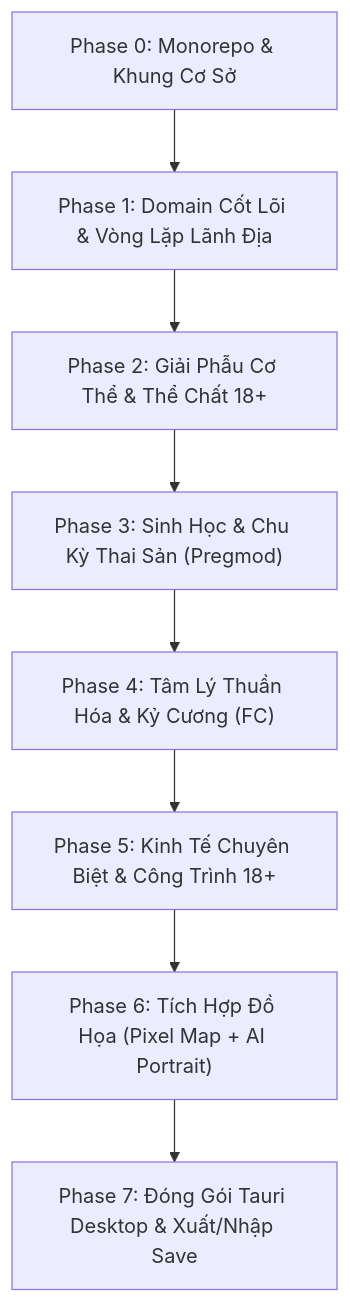
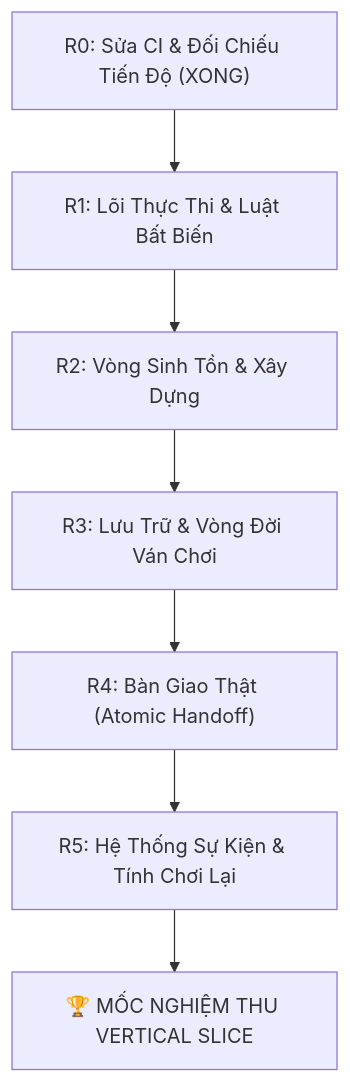
One commit to tanntran2000/Build-Settlement changed the diagram in docs/MASTER_ROADMAP.md. Above: the diagram before and after it, drawn with Mermaid. The commit also changed other lines of this file and 6 other files, not shown here.

Commit message:
gov: codify LAW-01..08, G0-G6 lifecycle gates, align roadmap to R0-R5, and overhaul README

````diff
--- a/docs/MASTER_ROADMAP.md
+++ b/docs/MASTER_ROADMAP.md
@@ -24,10 +18,9 @@
 ```mermaid
 flowchart TD
-    P0["Phase 0: Monorepo & Khung Cơ Sở"] --> P1["Phase 1: Domain Cốt Lõi & Vòng Lặp Lãnh Địa"]
-    P1 --> P2["Phase 2: Giải Phẫu Cơ Thể & Thể Chất 18+"]
-    P2 --> P3["Phase 3: Sinh Học & Chu Kỳ Thai Sản (Pregmod)"]
-    P3 --> P4["Phase 4: Tâm Lý Thuần Hóa & Kỷ Cương (FC)"]
-    P4 --> P5["Phase 5: Kinh Tế Chuyên Biệt & Công Trình 18+"]
-    P5 --> P6["Phase 6: Tích Hợp Đồ Họa (Pixel Map + AI Portrait)"]
-    P6 --> P7["Phase 7: Đóng Gói Tauri Desktop & Xuất/Nhập Save"]
+    R0["R0: Sửa CI & Đối Chiếu Tiến Độ (XONG)"] --> R1["R1: Lõi Thực Thi & Luật Bất Biến"]
+    R1 --> R2["R2: Vòng Sinh Tồn & Xây Dựng"]
+    R2 --> R3["R3: Lưu Trữ & Vòng Đời Ván Chơi"]
+    R3 --> R4["R4: Bàn Giao Thật (Atomic Handoff)"]
+    R4 --> R5["R5: Hệ Thống Sự Kiện & Tính Chơi Lại"]
+    R5 --> MILESTONE["🏆 MỐC NGHIỆM THU VERTICAL SLICE"]
 ```
````
